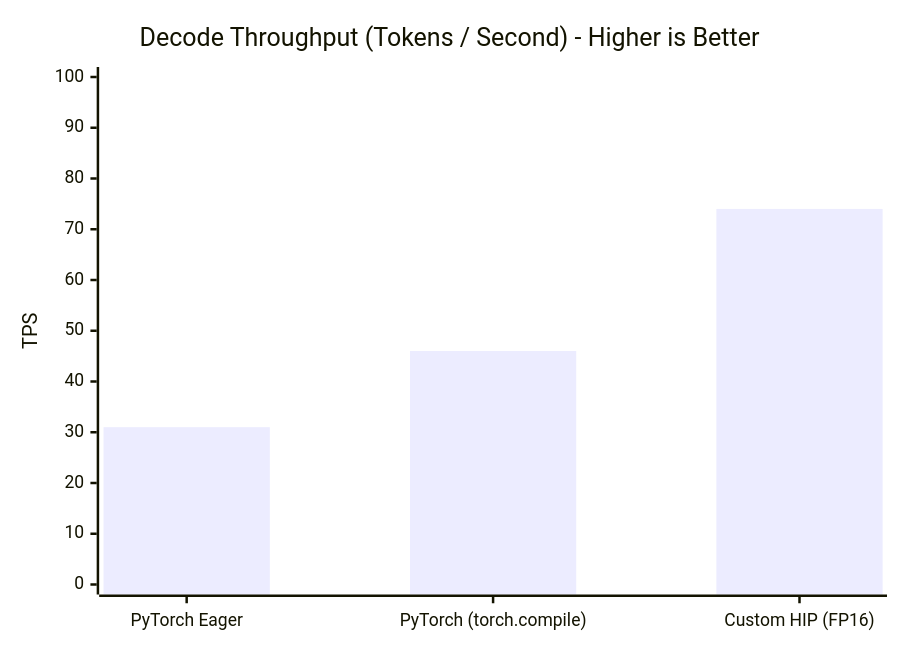
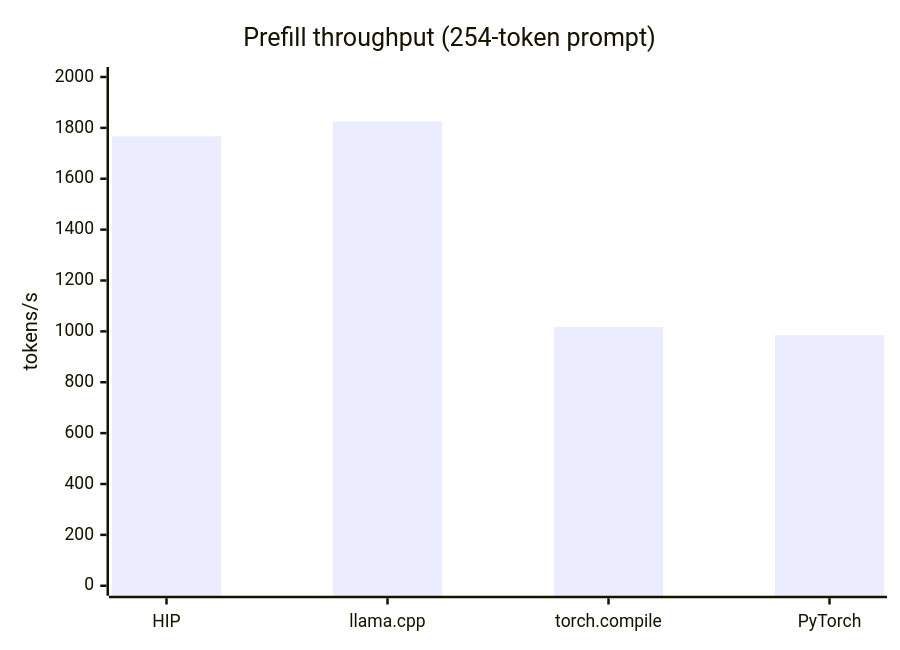
One commit to MarcVivas/llm-inference changed the first of 4 diagrams in README.md. Above: the diagram before and after it, drawn with Mermaid. The commit also changed other lines of this file and 14 other files, not shown here.

````diff
--- a/README.md
+++ b/README.md
@@ -55,7 +25,7 @@
 ```mermaid
 xychart-beta
-    title "Decode Throughput (Tokens / Second) - Higher is Better"
-    x-axis ["PyTorch Eager", "PyTorch (torch.compile)", "Custom HIP (FP16)"]
-    y-axis "TPS" 0 --> 100
-    bar [31, 46, 74]
+    title "Prefill throughput (254-token prompt)"
+    x-axis ["HIP", "llama.cpp", "torch.compile", "PyTorch"]
+    y-axis "tokens/s" 0 --> 2000
+    bar [1767, 1825, 1017, 985]
 ```
````
